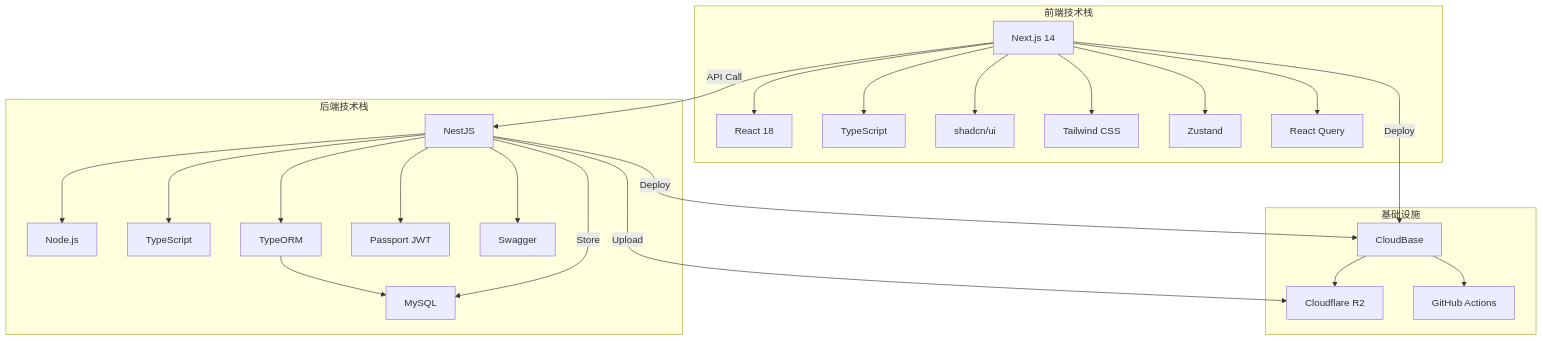
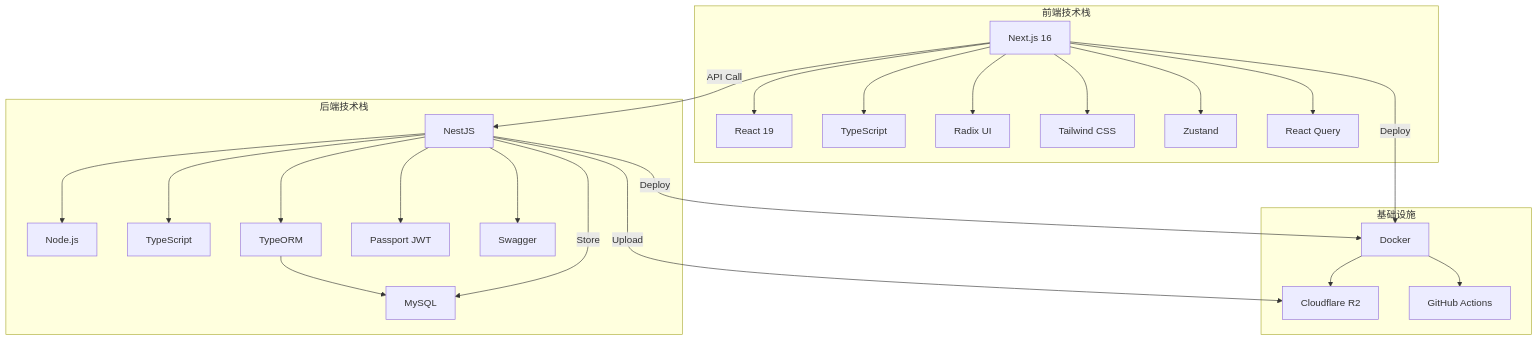
Before and after one commit to ylc6223/snapmatch-platform: the third of 3 diagrams in docs/tutorial/01-project-planning/02-tech-stack-selection.md, drawn with Mermaid. The commit also changed other lines of this file, not shown here.

````diff
--- a/docs/tutorial/01-project-planning/02-tech-stack-selection.md
+++ b/docs/tutorial/01-project-planning/02-tech-stack-selection.md
@@ -1010,51 +1024,51 @@
 ```mermaid
 graph TB
     subgraph "前端技术栈"
-        A1[Next.js 14]
-        A2[React 18]
+        A1[Next.js 16]
+        A2[React 19]
         A3[TypeScript]
-        A4[shadcn/ui]
+        A4[Radix UI]
         A5[Tailwind CSS]
         A6[Zustand]
         A7[React Query]
 
         A1 --> A2
         A1 --> A3
         A1 --> A4
         A1 --> A5
         A1 --> A6
         A1 --> A7
     end
 
     subgraph "后端技术栈"
         B1[NestJS]
         B2[Node.js]
         B3[TypeScript]
         B4[TypeORM]
         B5[MySQL]
         B6[Passport JWT]
         B7[Swagger]
 
         B1 --> B2
         B1 --> B3
         B1 --> B4
         B4 --> B5
         B1 --> B6
         B1 --> B7
     end
 
     subgraph "基础设施"
-        C1[CloudBase]
+        C1[Docker]
         C2[Cloudflare R2]
         C3[GitHub Actions]
 
         C1 --> C2
         C1 --> C3
     end
 
     A1 -->|API Call| B1
     B1 -->|Store| B5
     B1 -->|Upload| C2
     A1 -->|Deploy| C1
     B1 -->|Deploy| C1
 ```
````
